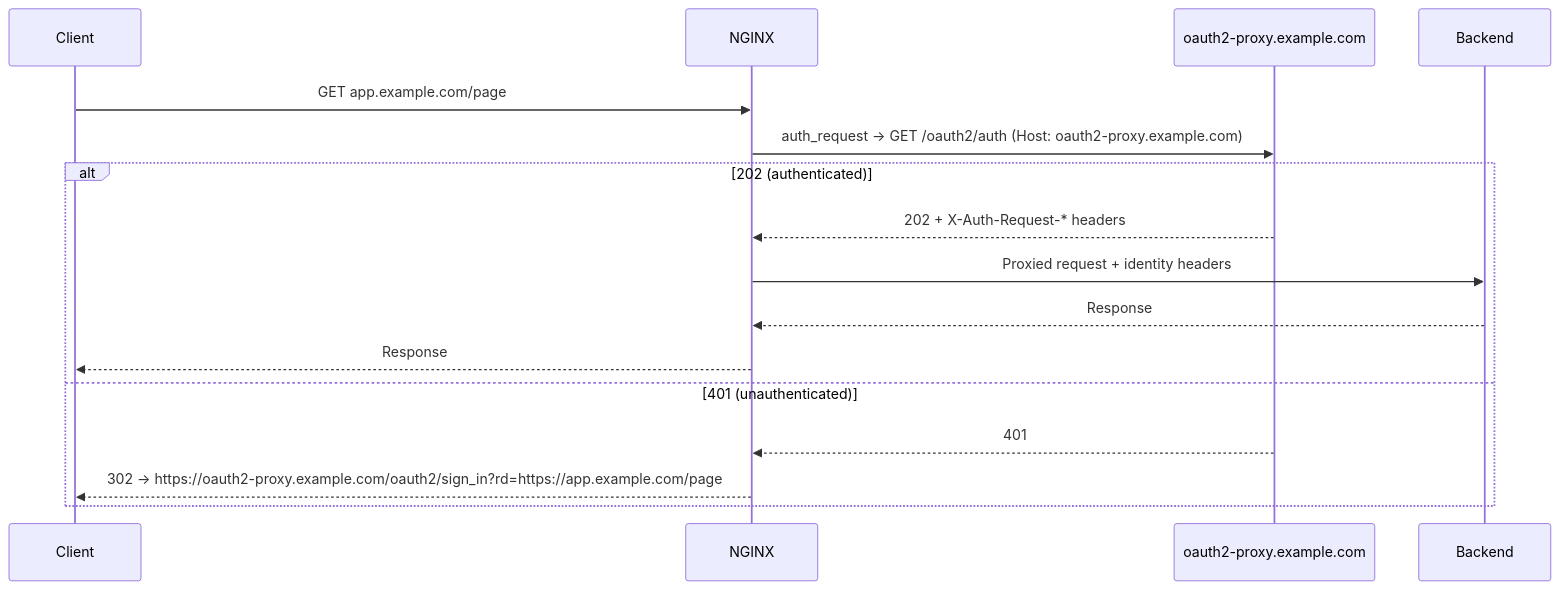
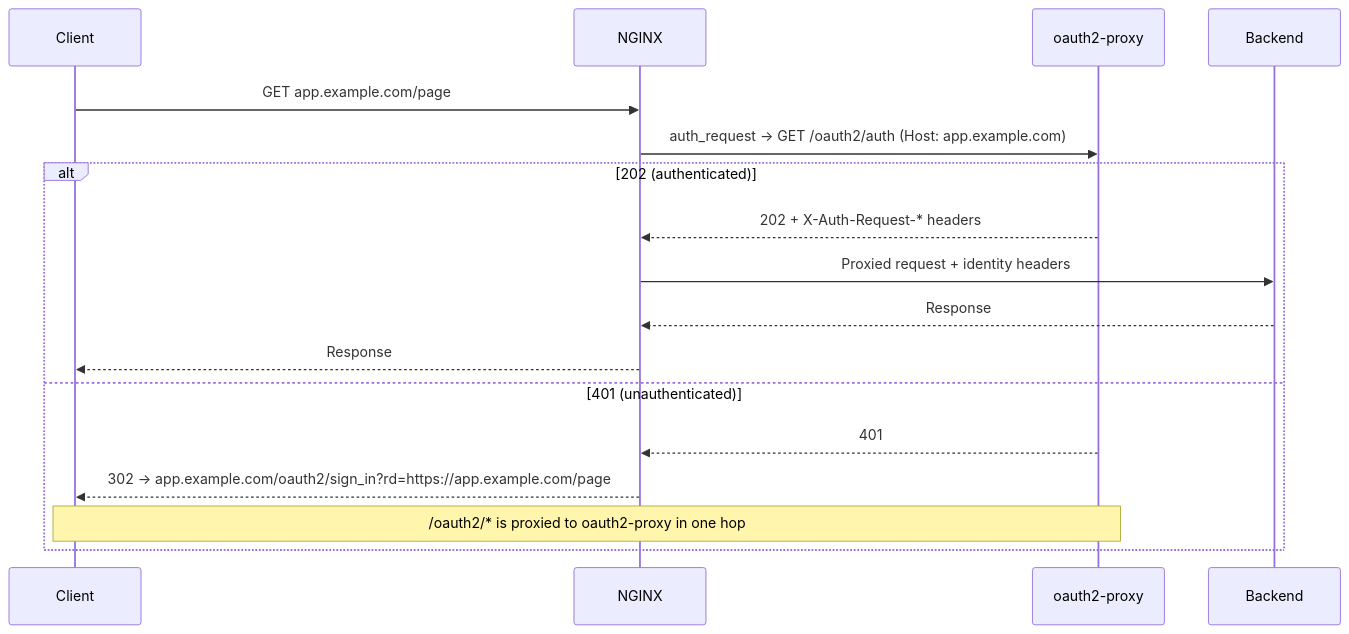
One commit to mieweb/opensource-server changed the second of 2 diagrams in mie-opensource-landing/docs/admins/core-concepts/external-domains.md. Above: the diagram before and after it, drawn with Mermaid. The commit also changed other lines of this file and 6 other files, not shown here.

First line of the commit message:
Proxy /oauth2/* to oauth2-proxy in a single hop

````diff
--- a/mie-opensource-landing/docs/admins/core-concepts/external-domains.md
+++ b/mie-opensource-landing/docs/admins/core-concepts/external-domains.md
@@ -158,19 +163,20 @@
 ```mermaid
 sequenceDiagram
     participant Client
     participant NGINX
-    participant OAuth2Proxy as oauth2-proxy.example.com
+    participant OAuth2Proxy as oauth2-proxy
     participant Backend
 
     Client->>NGINX: GET app.example.com/page
-    NGINX->>OAuth2Proxy: auth_request → GET /oauth2/auth (Host: oauth2-proxy.example.com)
+    NGINX->>OAuth2Proxy: auth_request → GET /oauth2/auth (Host: app.example.com)
     alt 202 (authenticated)
         OAuth2Proxy-->>NGINX: 202 + X-Auth-Request-* headers
         NGINX->>Backend: Proxied request + identity headers
         Backend-->>NGINX: Response
         NGINX-->>Client: Response
     else 401 (unauthenticated)
         OAuth2Proxy-->>NGINX: 401
-        NGINX-->>Client: 302 → https://oauth2-proxy.example.com/oauth2/sign_in?rd=https://app.example.com/page
+        NGINX-->>Client: 302 → app.example.com/oauth2/sign_in?rd=https://app.example.com/page
+        Note over Client,OAuth2Proxy: /oauth2/* is proxied to oauth2-proxy in one hop
     end
 ```
````
